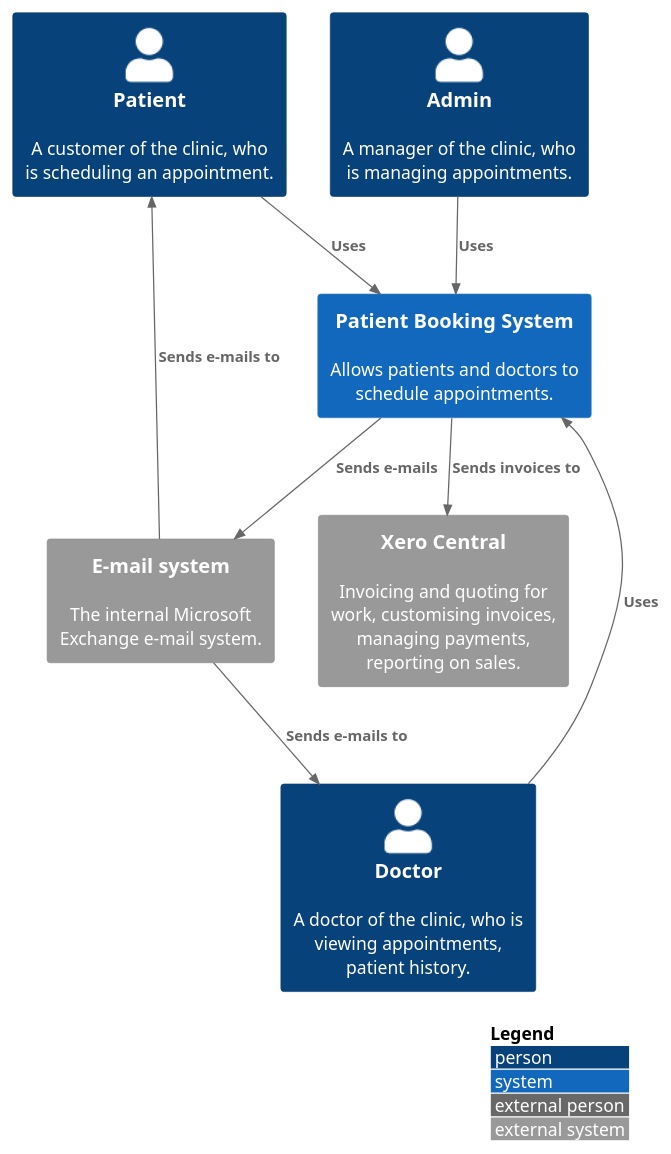
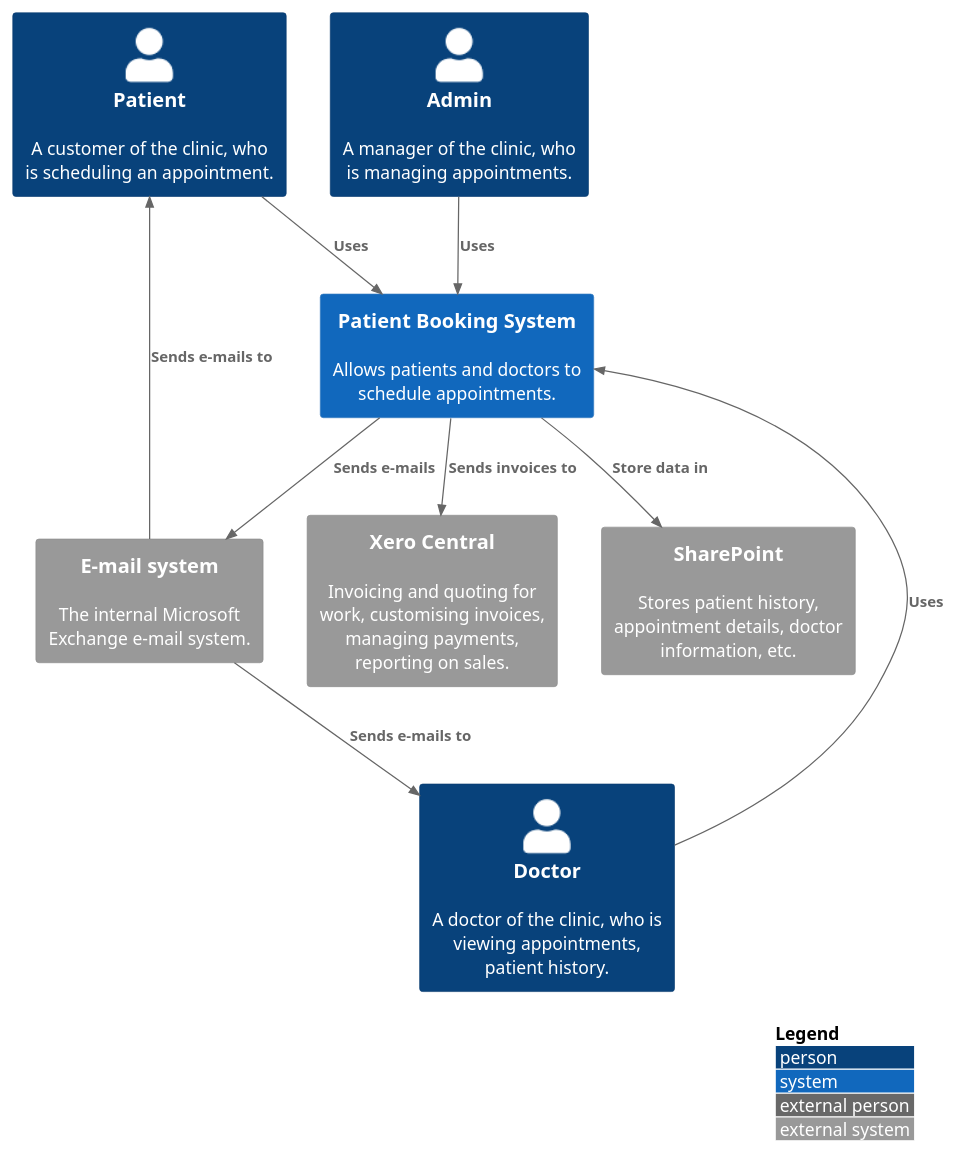
The diagram in src/context.puml (chan4lk/c4model-patient-booking-system), drawn with PlantUML before and after one commit. The commit also changed 1 other file, not shown here.

```diff
--- a/src/context.puml
+++ b/src/context.puml
@@ -1,20 +1,21 @@
 @startuml
 !include https://raw.githubusercontent.com/adrianvlupu/C4-PlantUML/latest/C4_Context.puml
 
 LAYOUT_WITH_LEGEND()
 
 Person(pbc, "Patient", "A customer of the clinic, who is scheduling an appointment.")
 Person(doc, "Doctor", "A doctor of the clinic, who is viewing appointments, patient history.")
 Person(admin, "Admin", "A manager of the clinic, who is managing appointments.")
 System(pbs, "Patient Booking System", "Allows patients and doctors to schedule appointments.")
 System_Ext(es, "E-mail system", "The internal Microsoft Exchange e-mail system.")
 System_Ext(xero, "Xero Central", "Invoicing and quoting for work, customising invoices, managing payments, reporting on sales.")
-
+System_Ext(db, "SharePoint", "Stores patient history, appointment details, doctor information, etc.")
 Rel(pbc, pbs, "Uses")
 Rel(doc, pbs, "Uses")
 Rel(admin, pbs, "Uses")
 Rel(es, pbc, "Sends e-mails to")
 Rel(es, doc, "Sends e-mails to")
 Rel(pbs, es, "Sends e-mails")
 Rel(pbs, xero, "Sends invoices to")
+Rel(pbs, db, "Store data in")
 @enduml
```
